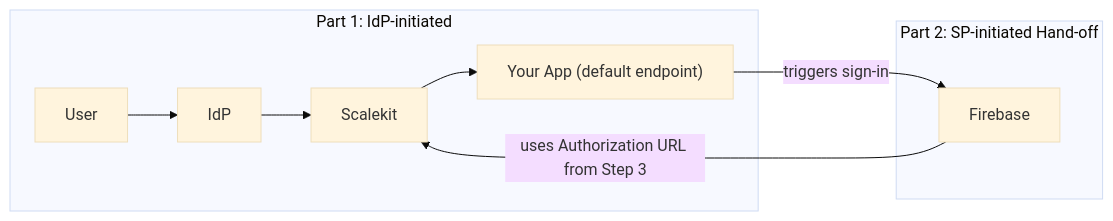
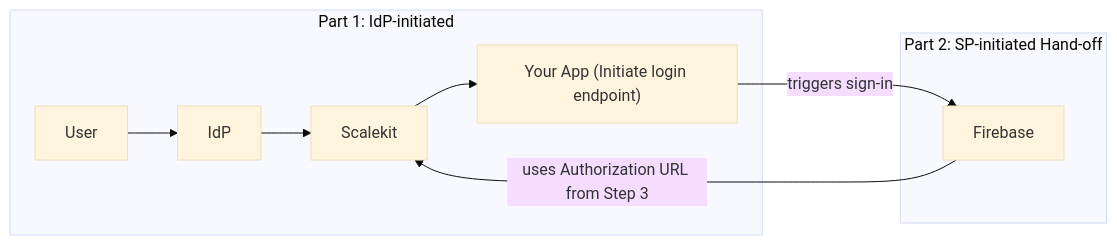
Before and after one commit to scalekit-inc/developer-docs: the diagram in src/content/docs/sso/guides/idp-init-sso.mdx, drawn with Mermaid (base theme). The commit also changed other lines of this file, not shown here.

First line of the commit message:
Update IdP-initiated SSO guide to clarify endpoint terminology and examples

````diff
--- a/src/content/docs/sso/guides/idp-init-sso.mdx
+++ b/src/content/docs/sso/guides/idp-init-sso.mdx
@@ -231,10 +231,10 @@
 ```mermaid
 graph LR;
     subgraph "Part 1: IdP-initiated"
-        User-->IdP-->Scalekit-->YourApp["Your App (default endpoint)"];
+        User-->IdP-->Scalekit-->YourApp["Your App (Initiate login endpoint)"];
     end
     subgraph "Part 2: SP-initiated Hand-off"
         YourApp -- "triggers sign-in" --> Firebase;
         Firebase -- "uses Authorization URL from Step 3" --> Scalekit;
     end
 ```
````
